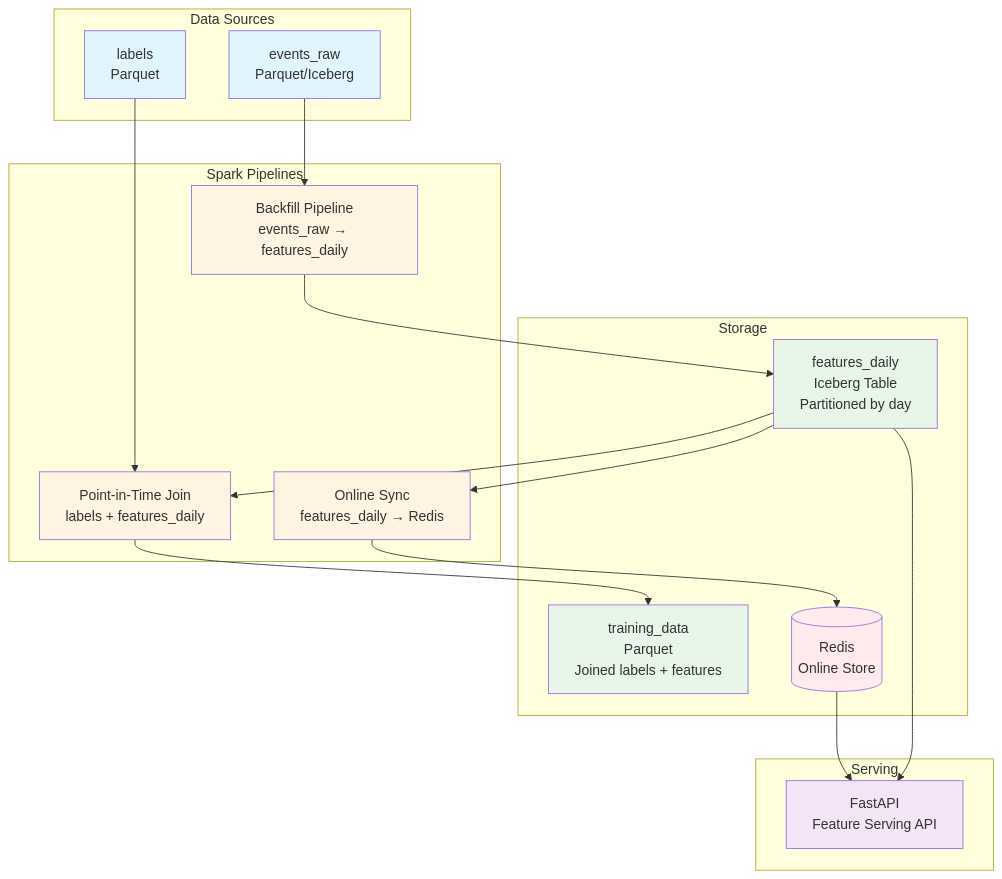
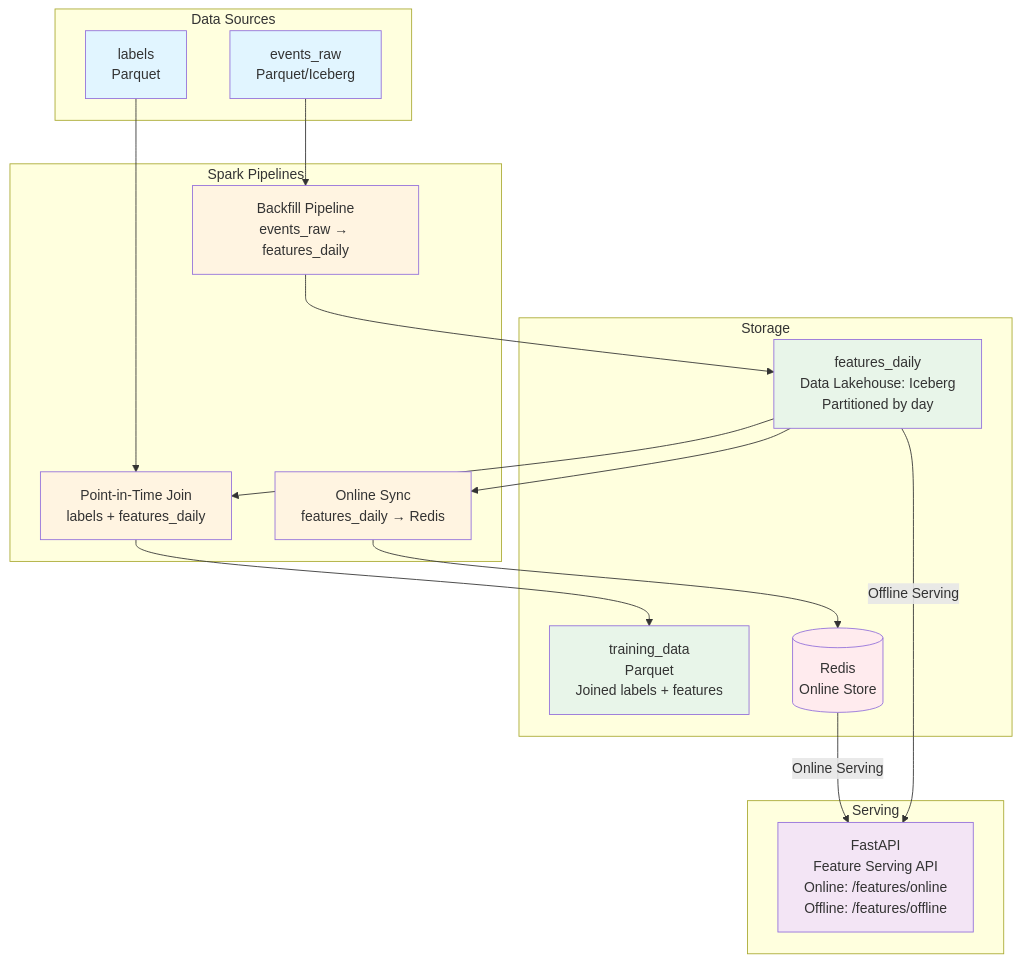
One commit to Wendyddw/mini-feature-store changed the diagram in README.md. Above: the diagram before and after it, drawn with Mermaid.

Commit message:
updated architecture digram to clarify offline serving

````diff
--- a/README.md
+++ b/README.md
@@ -7,43 +7,43 @@
 ```mermaid
 graph TB
     subgraph "Data Sources"
         ER[events_raw<br/>Parquet/Iceberg]
         L[labels<br/>Parquet]
     end
 
     subgraph "Spark Pipelines"
         BP[Backfill Pipeline<br/>events_raw → features_daily]
         PITJ[Point-in-Time Join<br/>labels + features_daily]
         OS[Online Sync<br/>features_daily → Redis]
     end
 
     subgraph "Storage"
-        FD[features_daily<br/>Iceberg Table<br/>Partitioned by day]
+        FD[features_daily<br/>Data Lakehouse: Iceberg<br/>Partitioned by day]
         TD[training_data<br/>Parquet<br/>Joined labels + features]
         R[(Redis<br/>Online Store)]
     end
 
     subgraph "Serving"
-        API[FastAPI<br/>Feature Serving API]
+        API[FastAPI<br/>Feature Serving API<br/>Online: /features/online<br/>Offline: /features/offline]
     end
 
     ER --> BP
     BP --> FD
     L --> PITJ
     FD --> PITJ
     PITJ --> TD
     FD --> OS
     OS --> R
-    FD --> API
-    R --> API
+    R -->|Online Serving| API
+    FD -->|Offline Serving| API
 
     style ER fill:#e1f5ff
     style L fill:#e1f5ff
     style BP fill:#fff4e1
     style PITJ fill:#fff4e1
     style OS fill:#fff4e1
     style FD fill:#e8f5e9
     style TD fill:#e8f5e9
     style R fill:#ffebee
     style API fill:#f3e5f5
 ```
````
